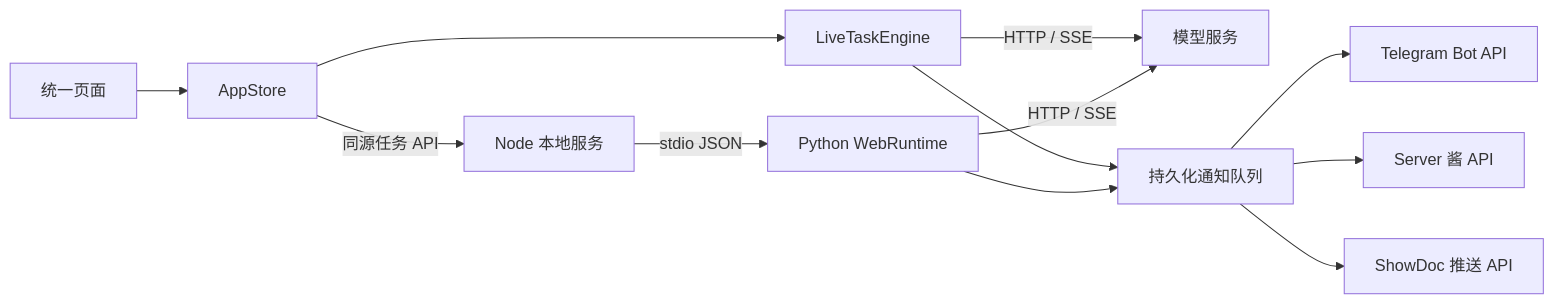
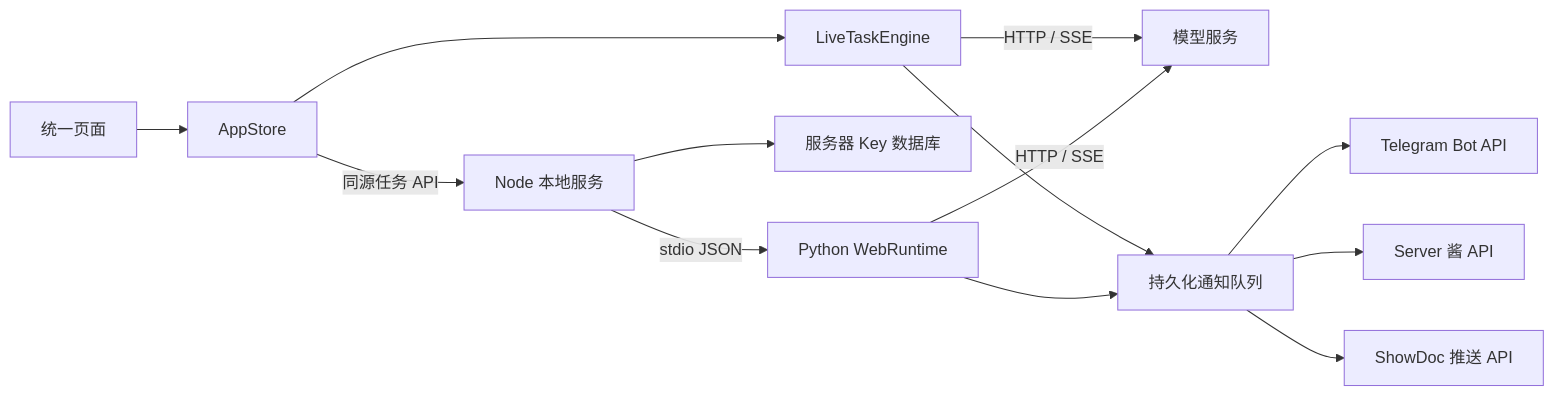
One commit to CutelyRose/codex_keepalive_v20 changed the diagram in any/TECHNICAL.md. Above: the diagram before and after it, drawn with Mermaid. The commit also changed other lines of this file and 17 other files, not shown here.

````diff
--- a/any/TECHNICAL.md
+++ b/any/TECHNICAL.md
@@ -7,14 +7,15 @@
 ```mermaid
 flowchart LR
   UI[统一页面] --> Store[AppStore]
   Store --> Browser[LiveTaskEngine]
   Browser -->|HTTP / SSE| API[模型服务]
   Store -->|同源任务 API| Node[Node 本地服务]
+  Node --> Keys[服务器 Key 数据库]
   Node -->|stdio JSON| Python[Python WebRuntime]
   Python -->|HTTP / SSE| API
   Browser --> Notice[持久化通知队列]
   Python --> Notice
   Notice --> Telegram[Telegram Bot API]
   Notice --> ServerChan[Server 酱 API]
   Notice --> ShowDoc[ShowDoc 推送 API]
 ```
````
